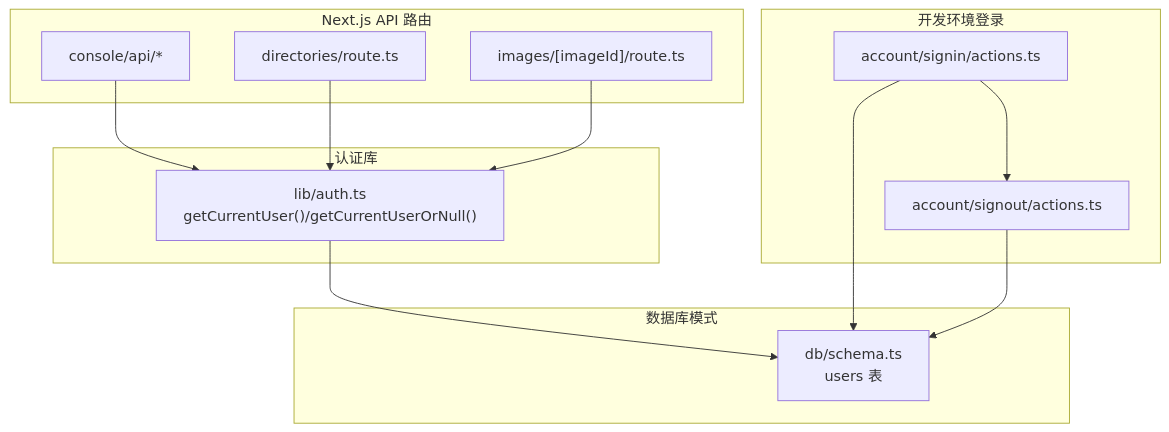
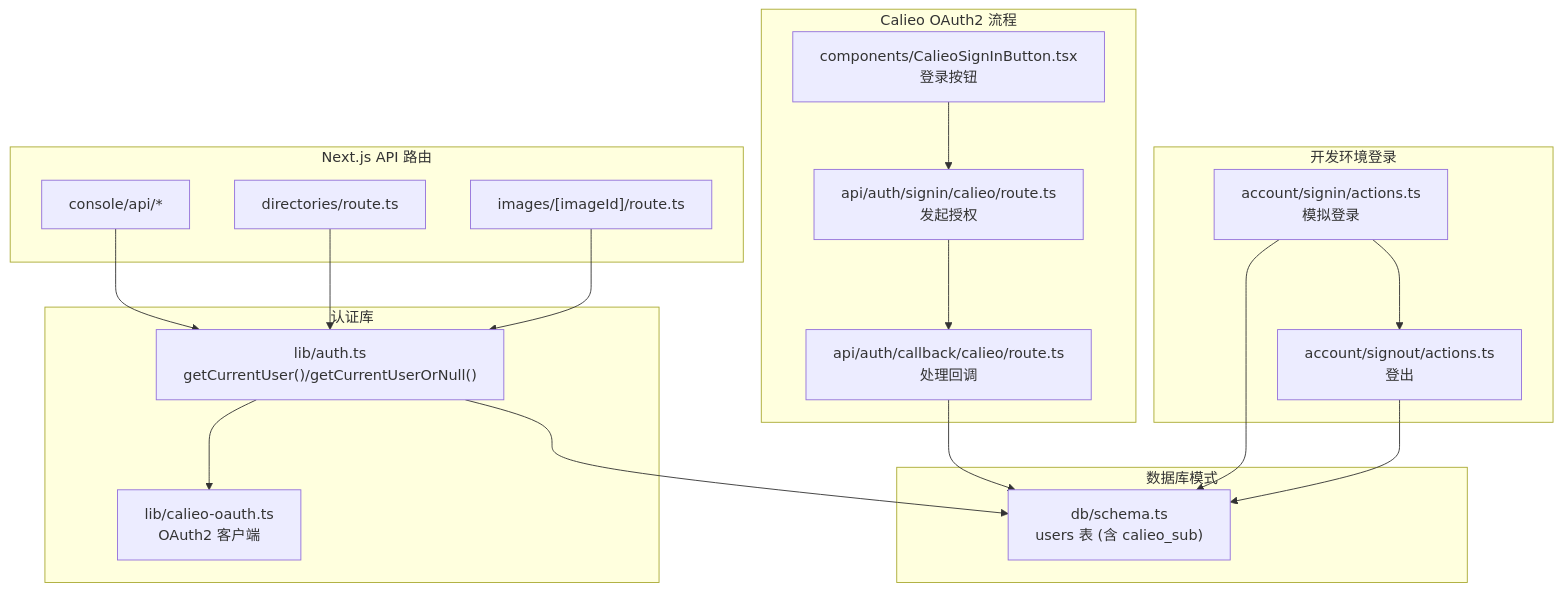
The first of 11 diagrams in .qoder/repowiki/zh/content/架构设计/认证架构设计/多源认证机制.md (pnnh/weable), drawn with Mermaid before and after one commit. The commit also changed other lines of this file and 187 other files, not shown here.

````diff
--- a/.qoder/repowiki/zh/content/架构设计/认证架构设计/多源认证机制.md
+++ b/.qoder/repowiki/zh/content/架构设计/认证架构设计/多源认证机制.md
@@ -46,25 +52,35 @@
 ```mermaid
 graph TB
 subgraph "Next.js API 路由"
 A["console/api/*"]
 B["directories/route.ts"]
 C["images/[imageId]/route.ts"]
 end
 subgraph "认证库"
 D["lib/auth.ts<br/>getCurrentUser()/getCurrentUserOrNull()"]
+E["lib/calieo-oauth.ts<br/>OAuth2 客户端"]
+end
+subgraph "Calieo OAuth2 流程"
+F["api/auth/signin/calieo/route.ts<br/>发起授权"]
+G["api/auth/callback/calieo/route.ts<br/>处理回调"]
+H["components/CalieoSignInButton.tsx<br/>登录按钮"]
 end
 subgraph "开发环境登录"
-E["account/signin/actions.ts"]
-F["account/signout/actions.ts"]
+I["account/signin/actions.ts<br/>模拟登录"]
+J["account/signout/actions.ts<br/>登出"]
 end
 subgraph "数据库模式"
-G["db/schema.ts<br/>users 表"]
+K["db/schema.ts<br/>users 表 (含 calieo_sub)"]
 end
 A --> D
 B --> D
 C --> D
-D --> G
-E --> F
-E --> G
+D --> E
+D --> K
 F --> G
+G --> K
+H --> F
+I --> J
+I --> K
+J --> K
 ```
````
